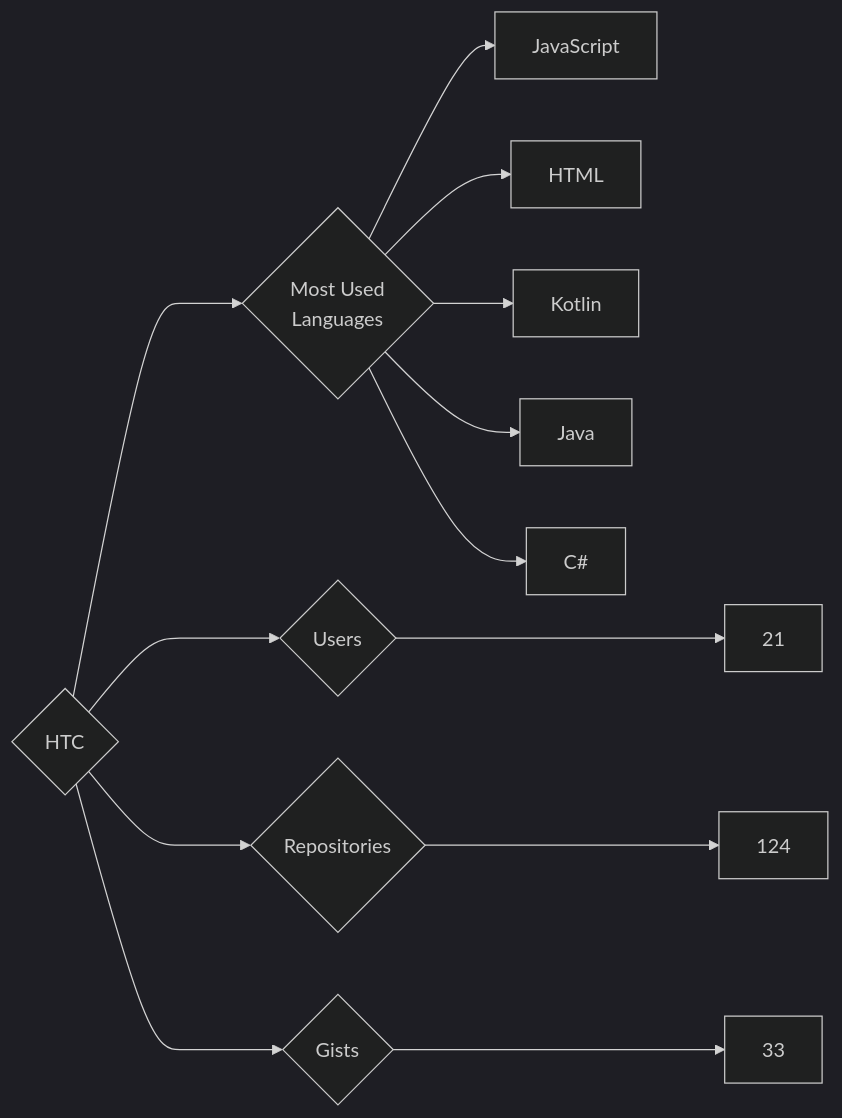
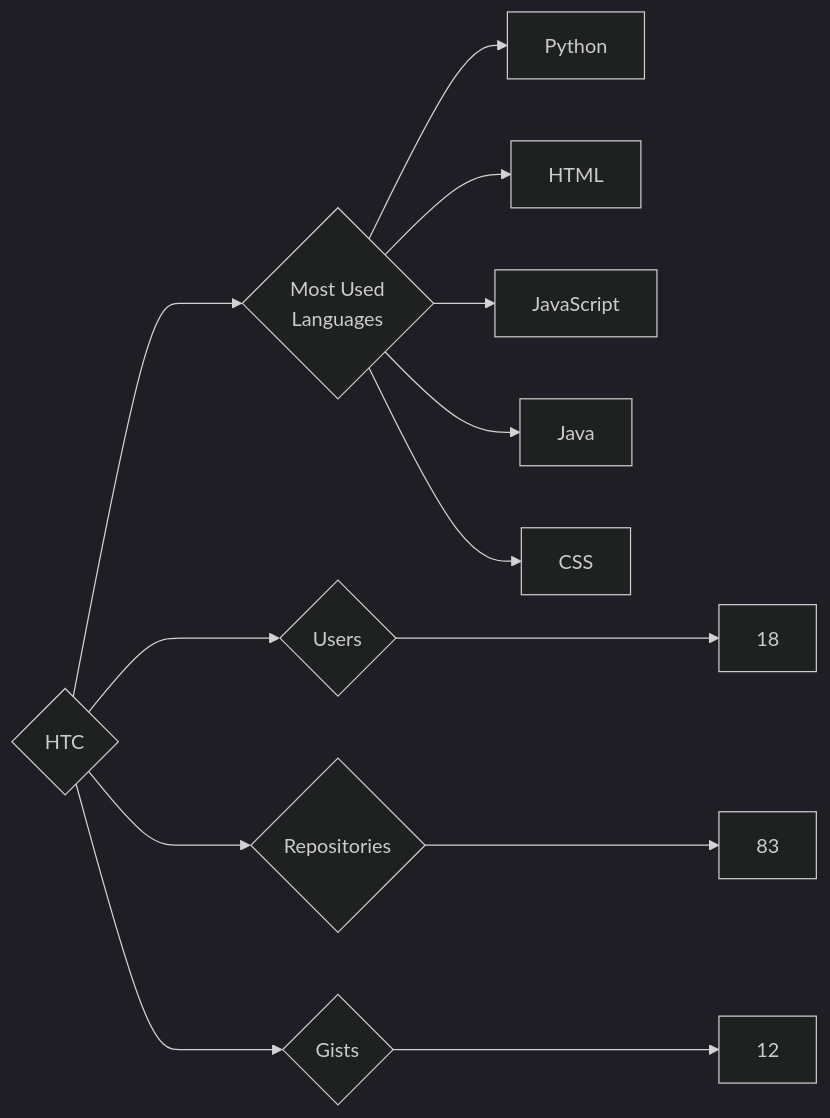
Before and after one commit to trickest/insiders: the diagram in targets/HTC/README.md, drawn with Mermaid (dark theme). The commit also changed 681 other files, not shown here.

````diff
--- a/targets/HTC/README.md
+++ b/targets/HTC/README.md
@@ -3,13 +3,13 @@
 ```mermaid
 graph LR
 COMPANY_NAME{HTC}
-COMPANY_NAME ---> U{Users} ---> UN[21]
-COMPANY_NAME ---> R{Repositories} ---> RN[124]
-COMPANY_NAME ---> G{Gists} ---> GN[33]
+COMPANY_NAME ---> U{Users} ---> UN[18]
+COMPANY_NAME ---> R{Repositories} ---> RN[83]
+COMPANY_NAME ---> G{Gists} ---> GN[12]
 COMPANY_NAME ---> ML{Most Used<br>Languages}
+ML --> Python[Python]
+ML --> HTML[HTML]
 ML --> JavaScript[JavaScript]
-ML --> HTML[HTML]
-ML --> Kotlin[Kotlin]
 ML --> Java[Java]
-ML --> C#[C#]
+ML --> CSS[CSS]
 ```
````
